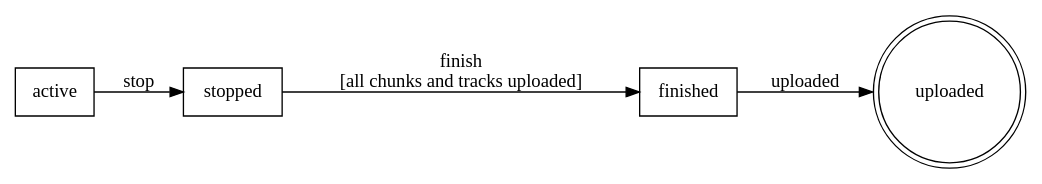
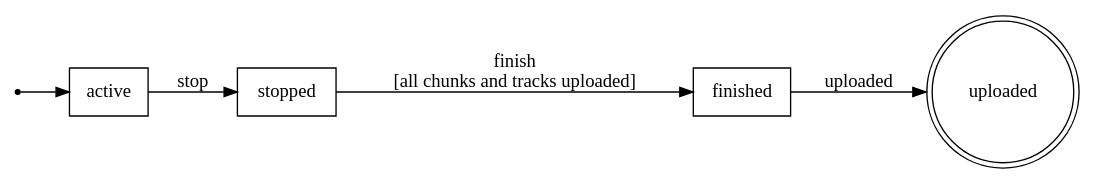
One commit to floatdrop/fsm changed the first of 2 diagrams in README.md. Above: the diagram before and after it, drawn with Graphviz. The commit also changed other lines of this file and 3 other files, not shown here.

First line of the commit message:
Declare Initial in the example machines and redraw the diagrams

````diff
--- a/README.md
+++ b/README.md
@@ -196,12 +198,14 @@
 ```dot
 digraph "recording" {
 	rankdir=LR;
+	"__start" [shape=point];
 	"active" [shape=box];
 	"stopped" [shape=box];
 	"finished" [shape=box];
 	"uploaded" [shape=doublecircle];
+	"__start" -> "active";
 	"active" -> "stopped" [label="stop"];
 	"stopped" -> "finished" [label="finish\n[all chunks and tracks uploaded]"];
 	"finished" -> "uploaded" [label="uploaded"];
 }
 ```
````
